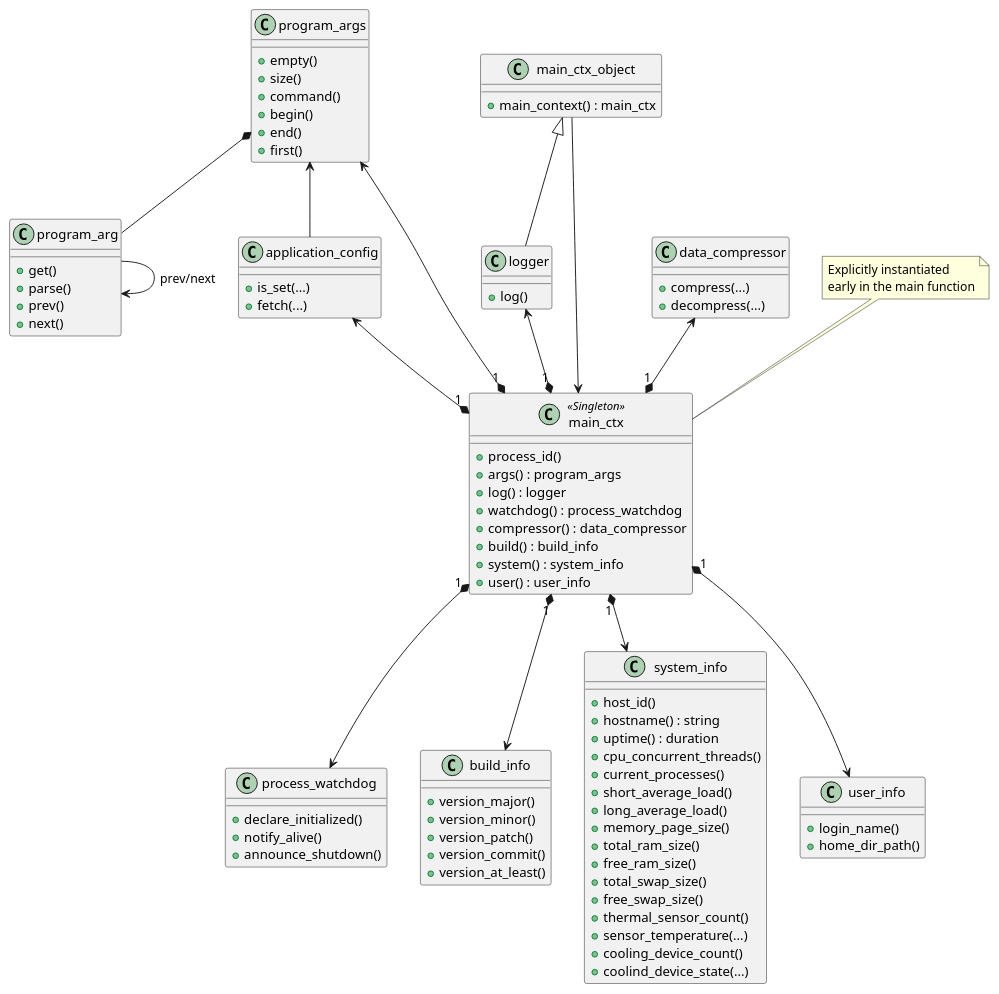
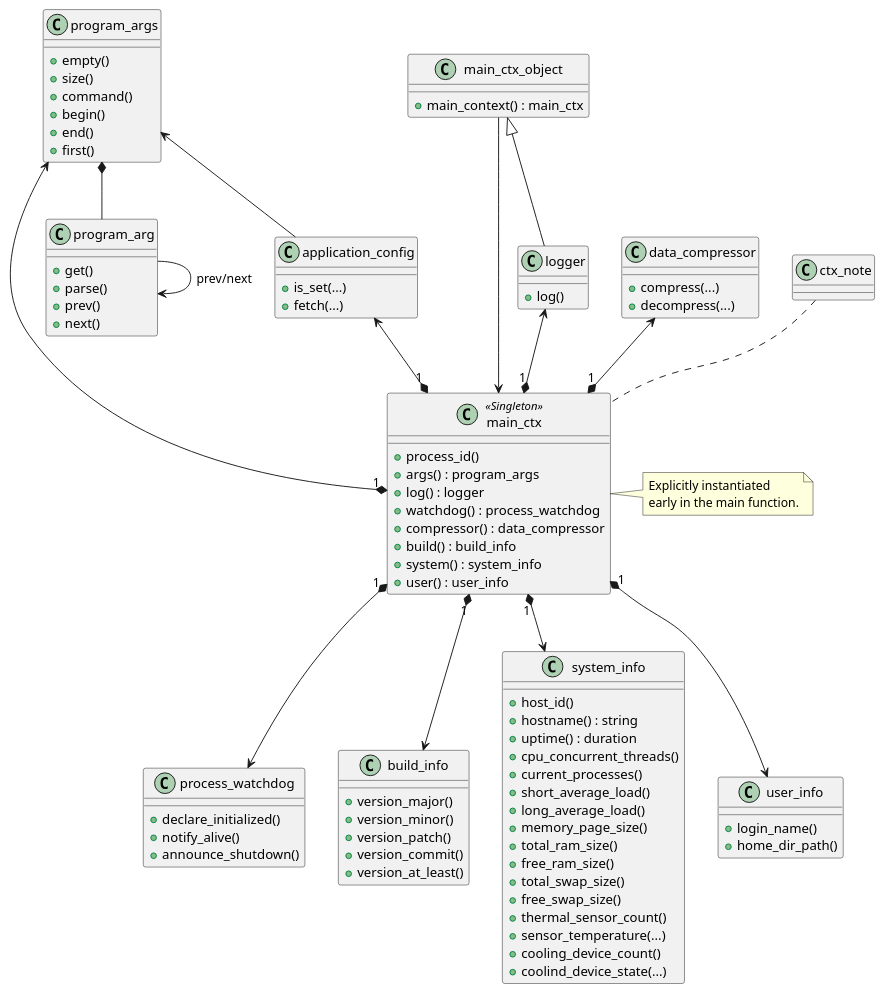
The diagram in doc/diagrams/eagine/main_ctx_overview.puml (matus-chochlik/oglplu2), drawn with PlantUML before and after one commit. The commit also changed 7 other files, not shown here.

Commit message:
Small changes in diagrams + generates SVGs from the diagrams

```diff
--- a/doc/diagrams/eagine/main_ctx_overview.puml
+++ b/doc/diagrams/eagine/main_ctx_overview.puml
@@ -1,101 +1,101 @@
 @startuml
 class program_arg {
     +get()
     +parse()
     +prev()
     +next()
 }
 
 class program_args {
     +empty()
     +size()
     +command()
     +begin()
     +end()
     +first()
 }
 
 class application_config {
 	+is_set(...)
 	+fetch(...)
 }
 
 class logger {
     +log()
 }
 
 class process_watchdog {
     +declare_initialized()
     +notify_alive()
     +announce_shutdown()
 }
 
 class data_compressor {
     +compress(...)
     +decompress(...)
 }
 
 class build_info {
     +version_major()
     +version_minor()
     +version_patch()
     +version_commit()
     +version_at_least()
 }
 
 class system_info {
     +host_id()
     +hostname() : string
     +uptime() : duration
     +cpu_concurrent_threads()
     +current_processes()
     +short_average_load()
     +long_average_load()
     +memory_page_size()
     +total_ram_size()
     +free_ram_size()
     +total_swap_size()
     +free_swap_size()
     +thermal_sensor_count()
     +sensor_temperature(...)
     +cooling_device_count()
     +coolind_device_state(...)
 } 
 
 class user_info {
     +login_name()
     +home_dir_path()
 } 
 
 class main_ctx <<Singleton>> {
     +process_id()
     +args() : program_args
     +log() : logger
     +watchdog() : process_watchdog
     +compressor() : data_compressor
     +build() : build_info
     +system() : system_info
     +user() : user_info
 }
 
 class main_ctx_object {
     +main_context() : main_ctx
 }
 
-note "Explicitly instantiated\nearly in the main function" as ctx_note
+note right of main_ctx : Explicitly instantiated\nearly in the main function.
 
 program_args *-- program_arg
 program_arg --> program_arg : prev/next
 main_ctx_object <|-- logger
 main_ctx_object --> main_ctx
 program_args <--* "1" main_ctx
 logger <--* "1" main_ctx
 data_compressor <--* "1" main_ctx
 application_config <--* "1" main_ctx
 program_args <-- application_config
 main_ctx "1" *--> process_watchdog
 main_ctx "1" *--> build_info
 main_ctx "1" *--> system_info
 main_ctx "1" *--> user_info
 ctx_note .. main_ctx
 @enduml
```
